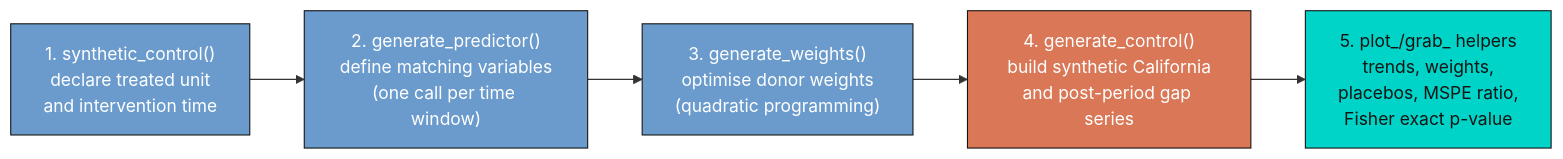
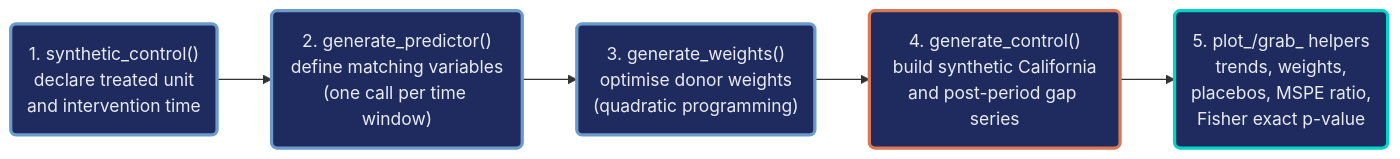
One commit to cmg777/starter-academic-v501 changed the fourth of 5 diagrams in content/post/r_causalpolicy_workshop/tutorial.qmd. Above: the diagram before and after it, drawn with Mermaid. The commit also changed other lines of this file and 42 other files, not shown here.

First line of the commit message:
content(mermaid): restyle Mermaid copies in tutorial sources and the LaLonde slide deck

````diff
--- a/content/post/r_causalpolicy_workshop/tutorial.qmd
+++ b/content/post/r_causalpolicy_workshop/tutorial.qmd
@@ -754,13 +762,13 @@
 ```{mermaid}
 flowchart LR
-    A["1. synthetic_control()<br/>declare treated unit<br/>and intervention time"] --> B["2. generate_predictor()<br/>define matching variables<br/>(one call per time window)"]
-    B --> C["3. generate_weights()<br/>optimise donor weights<br/>(quadratic programming)"]
-    C --> D["4. generate_control()<br/>build synthetic California<br/>and post-period gap series"]
-    D --> E["5. plot_/grab_ helpers<br/>trends, weights,<br/>placebos, MSPE ratio,<br/>Fisher exact p-value"]
-
-    style A fill:#6a9bcc,stroke:#141413,color:#fff
-    style B fill:#6a9bcc,stroke:#141413,color:#fff
-    style C fill:#6a9bcc,stroke:#141413,color:#fff
-    style D fill:#d97757,stroke:#141413,color:#fff
-    style E fill:#00d4c8,stroke:#141413,color:#141413
+    A("1. synthetic_control()<br/>declare treated unit<br/>and intervention time") --> B("2. generate_predictor()<br/>define matching variables<br/>(one call per time window)")
+    B --> C("3. generate_weights()<br/>optimise donor weights<br/>(quadratic programming)")
+    C --> D("4. generate_control()<br/>build synthetic California<br/>and post-period gap series")
+    D --> E("5. plot_/grab_ helpers<br/>trends, weights,<br/>placebos, MSPE ratio,<br/>Fisher exact p-value")
+    classDef blue fill:#1f2b5e,stroke:#6a9bcc,stroke-width:3px,color:#e8ecf2
+    classDef orange fill:#1f2b5e,stroke:#d97757,stroke-width:3px,color:#e8ecf2
+    classDef teal fill:#1f2b5e,stroke:#00d4c8,stroke-width:3px,color:#e8ecf2
+    class A,B,C blue
+    class D orange
+    class E teal
 ```
````
